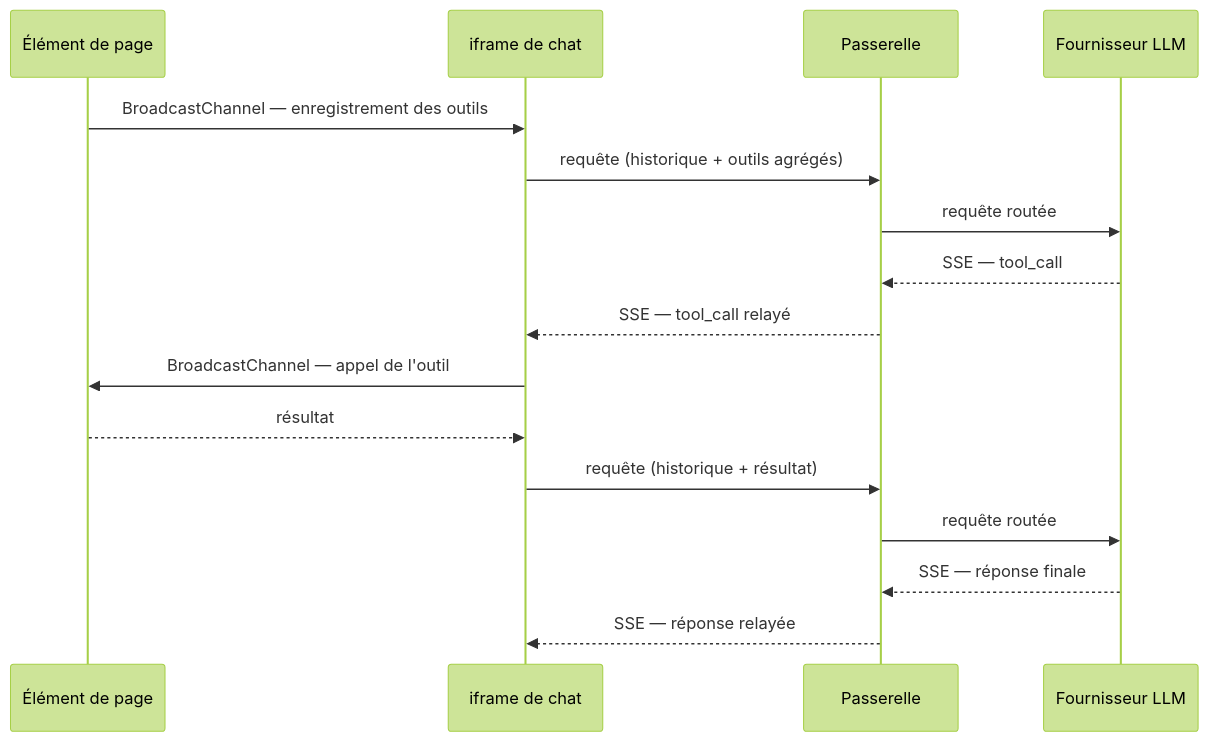
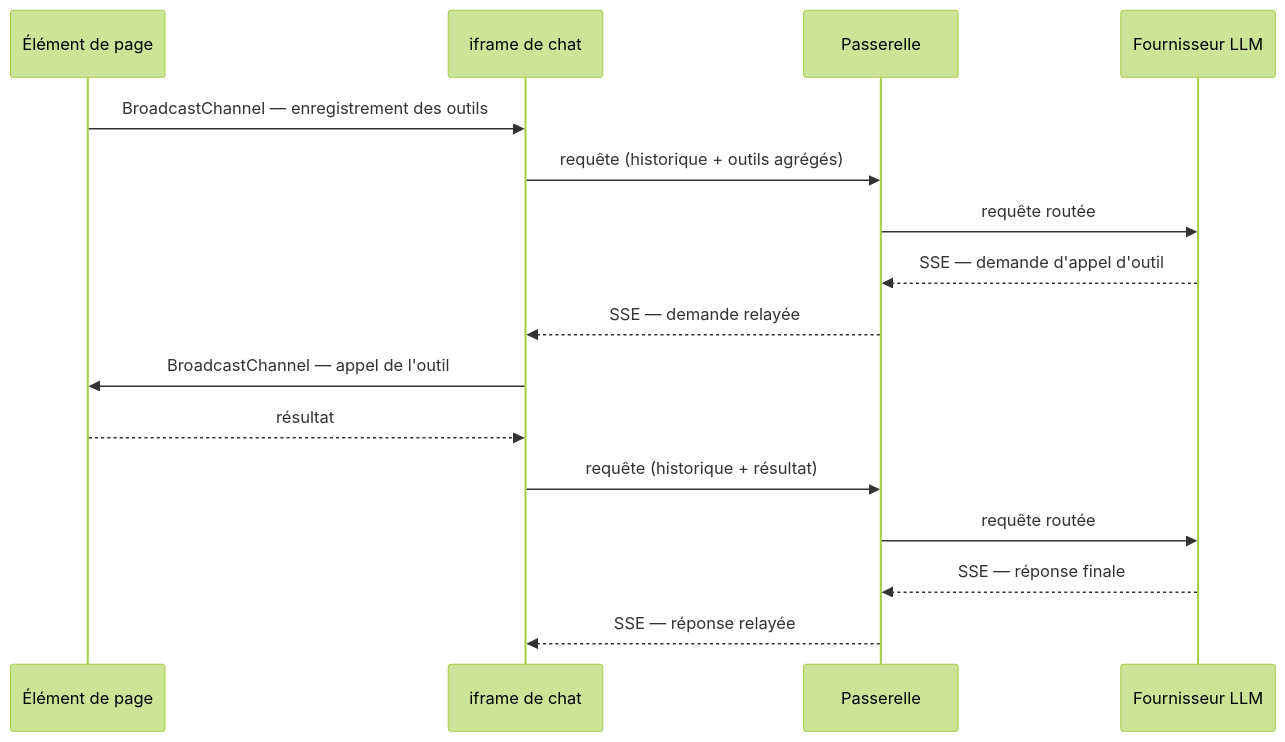
The second of 2 diagrams in docs/presentation-fr/03-protocoles.md (data-fair/agents), drawn with Mermaid (forest theme) before and after one commit. The commit also changed other lines of this file and 6 other files, not shown here.

````diff
--- a/docs/presentation-fr/03-protocoles.md
+++ b/docs/presentation-fr/03-protocoles.md
@@ -33,19 +33,19 @@
 ```mermaid
 sequenceDiagram
     participant EP as Élément de page
     participant IF as iframe de chat
     participant G as Passerelle
     participant F as Fournisseur LLM
 
     EP->>IF: BroadcastChannel — enregistrement des outils
     IF->>G: requête (historique + outils agrégés)
     G->>F: requête routée
-    F-->>G: SSE — tool_call
-    G-->>IF: SSE — tool_call relayé
+    F-->>G: SSE — demande d'appel d'outil
+    G-->>IF: SSE — demande relayée
     IF->>EP: BroadcastChannel — appel de l'outil
     EP-->>IF: résultat
     IF->>G: requête (historique + résultat)
     G->>F: requête routée
     F-->>G: SSE — réponse finale
     G-->>IF: SSE — réponse relayée
 ```
````
